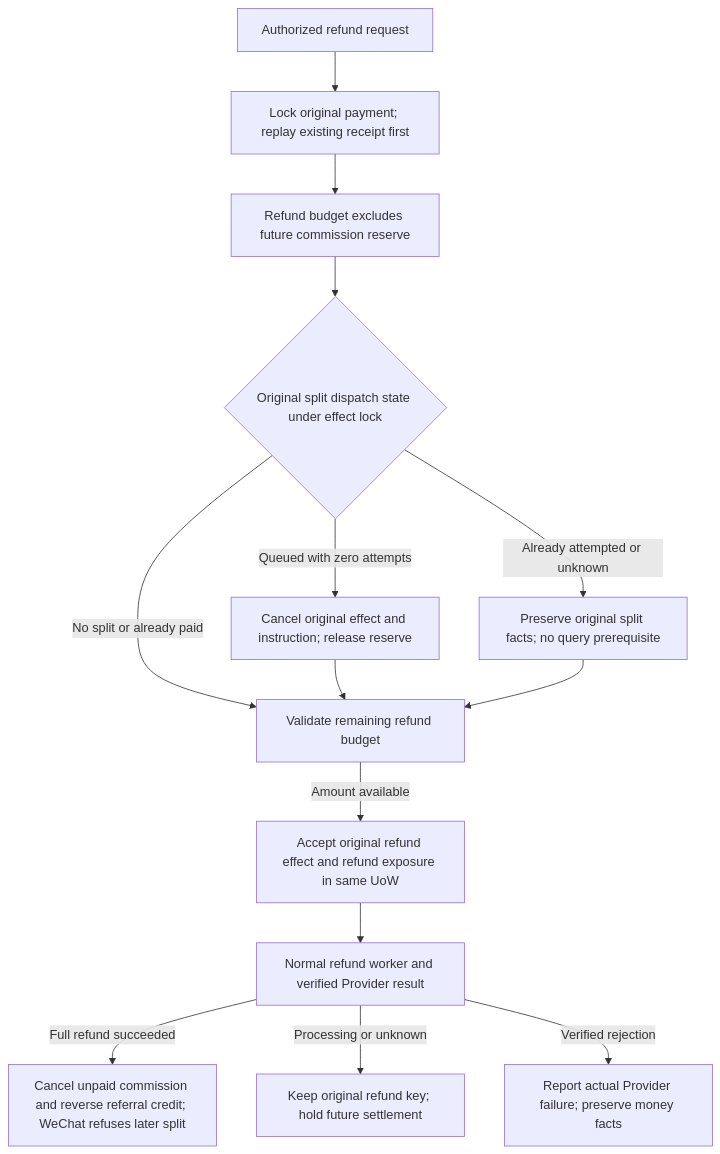
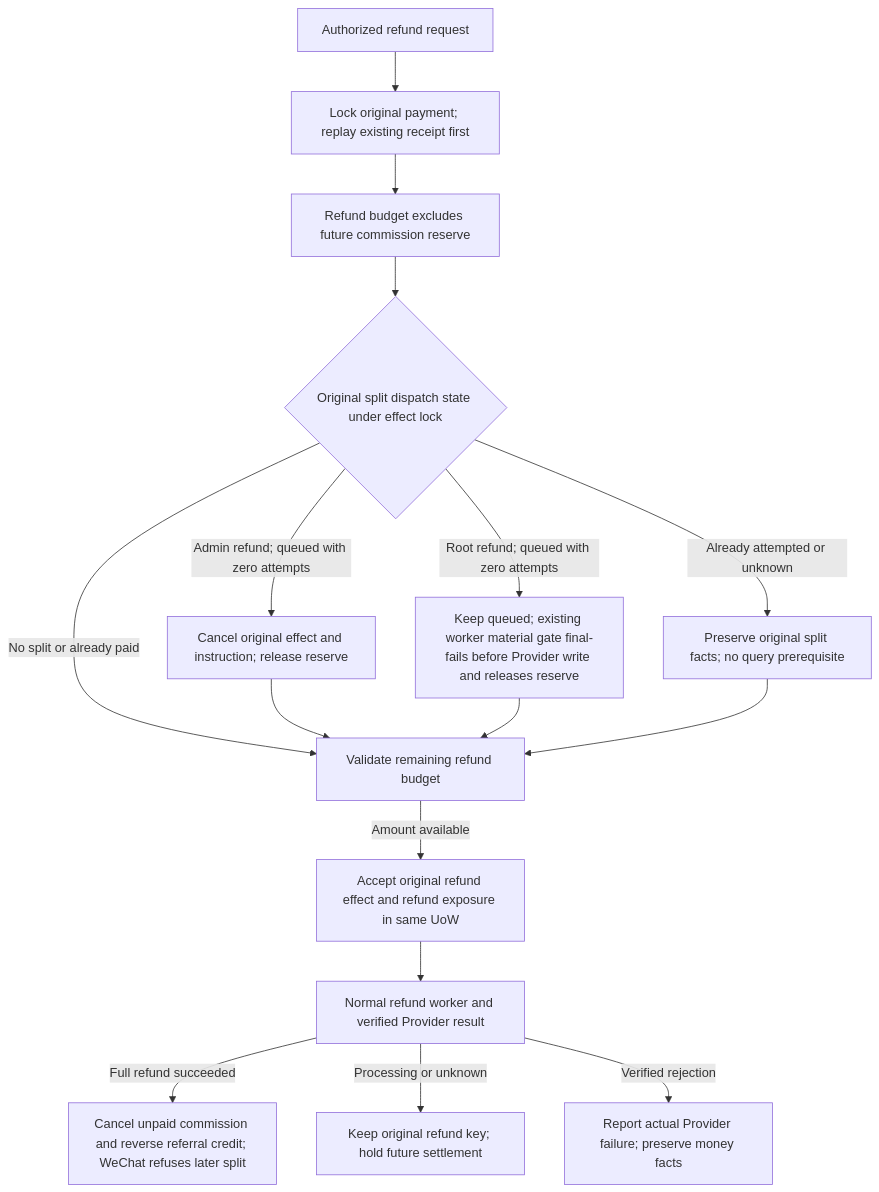
Before and after one commit to qianlan33333-png/AI-CRM-v4: the second of 2 diagrams in docs/prd/2026-10-10-profit-sharing-missing-refund.md, drawn with Mermaid. The commit also changed other lines of this file and 4 other files, not shown here.

````diff
--- a/docs/prd/2026-10-10-profit-sharing-missing-refund.md
+++ b/docs/prd/2026-10-10-profit-sharing-missing-refund.md
@@ -35,16 +35,18 @@
 ```mermaid
 flowchart TD
  R[Authorized refund request] --> P[Lock original payment; replay existing receipt first]
  P --> B[Refund budget excludes future commission reserve]
  B --> S{Original split dispatch state under effect lock}
- S -->|Queued with zero attempts| C[Cancel original effect and instruction; release reserve]
+ S -->|Admin refund; queued with zero attempts| C[Cancel original effect and instruction; release reserve]
+ S -->|Root refund; queued with zero attempts| RQ[Keep queued; existing worker material gate final-fails before Provider write and releases reserve]
  S -->|Already attempted or unknown| Q[Preserve original split facts; no query prerequisite]
  S -->|No split or already paid| F[Validate remaining refund budget]
  C --> F
+ RQ --> F
  Q --> F
  F -->|Amount available| A[Accept original refund effect and refund exposure in same UoW]
  A --> W[Normal refund worker and verified Provider result]
  W -->|Full refund succeeded| Z[Cancel unpaid commission and reverse referral credit; WeChat refuses later split]
  W -->|Processing or unknown| H[Keep original refund key; hold future settlement]
  W -->|Verified rejection| E[Report actual Provider failure; preserve money facts]
 ```
````
